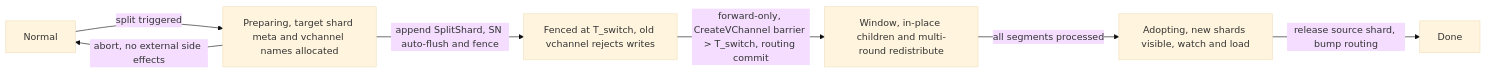
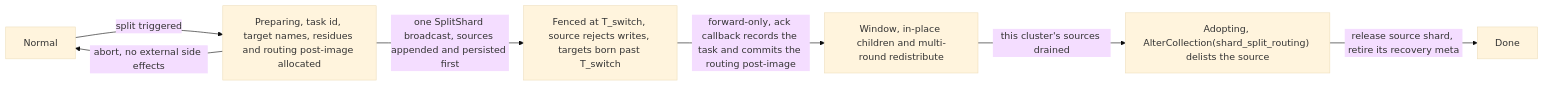
Before and after one commit to milvus-io/milvus: the first of 4 diagrams in docs/design-docs/design_docs/20260610-shard_split.md, drawn with Mermaid (base theme). The commit also changed other lines of this file and 5 other files, not shown here.

````diff
--- a/docs/design-docs/design_docs/20260610-shard_split.md
+++ b/docs/design-docs/design_docs/20260610-shard_split.md
@@ -329,9 +396,9 @@
 ```mermaid
 flowchart LR
-    IDLE["Normal"] -->|"split triggered"| PREP["Preparing, target shard meta and vchannel names allocated"]
+    IDLE["Normal"] -->|"split triggered"| PREP["Preparing, task id, target names, residues and routing post-image allocated"]
     PREP -->|"abort, no external side effects"| IDLE
-    PREP -->|"append SplitShard, SN auto-flush and fence"| FENCE["Fenced at T_switch, old vchannel rejects writes"]
-    FENCE -->|"forward-only, CreateVChannel barrier > T_switch, routing commit"| WIN["Window, in-place children and multi-round redistribute"]
-    WIN -->|"all segments processed"| ADOPT["Adopting, new shards visible, watch and load"]
-    ADOPT -->|"release source shard, bump routing"| DONE["Done"]
+    PREP -->|"one SplitShard broadcast, sources appended and persisted first"| FENCE["Fenced at T_switch, source rejects writes, targets born past T_switch"]
+    FENCE -->|"forward-only, ack callback records the task and commits the routing post-image"| WIN["Window, in-place children and multi-round redistribute"]
+    WIN -->|"this cluster's sources drained"| ADOPT["Adopting, AlterCollection(shard_split_routing) delists the source"]
+    ADOPT -->|"release source shard, retire its recovery meta"| DONE["Done"]
 ```
````
